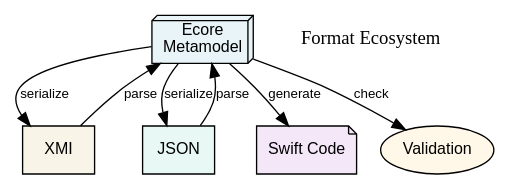
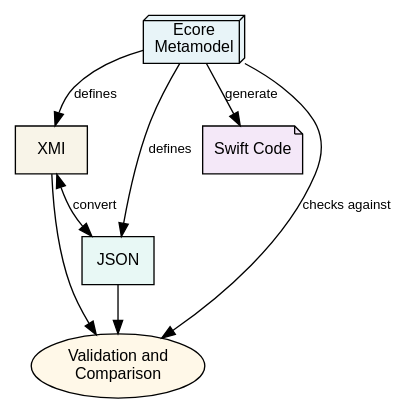
One commit to mipalgu/swift-modelling changed the diagram in Sources/SwiftModelling/SwiftModelling.docc/Resources/format-ecosystem.dot. Above: the diagram before and after it, drawn with Graphviz. The commit also changed 89 other files, not shown here.

```diff
--- a/Sources/SwiftModelling/SwiftModelling.docc/Resources/format-ecosystem.dot
+++ b/Sources/SwiftModelling/SwiftModelling.docc/Resources/format-ecosystem.dot
@@ -1,22 +1,21 @@
 digraph FormatEcosystem {
     bgcolor="white"
     rankdir=TB
     node [shape=box, style=rounded, fontname="Arial", fontsize=12]
     edge [fontname="Arial", fontsize=10]
-    
+
     center [label="Ecore\nMetamodel" shape=box3d fillcolor="#e8f4f8" style=filled]
-    
+
     xmi [label="XMI" shape=box fillcolor="#f8f4e8" style=filled]
     json [label="JSON" shape=box fillcolor="#e8f8f5" style=filled]
     swift [label="Swift Code" shape=note fillcolor="#f4e8f8" style=filled]
-    validate [label="Validation" shape=ellipse fillcolor="#fff8e8" style=filled]
-    
-    center -> xmi [label="serialize"]
-    center -> json [label="serialize"]
+    validate [label="Validation and\nComparison" shape=ellipse fillcolor="#fff8e8" style=filled]
+
+    xmi -> json [label="convert" dir=both]
+    center -> xmi [label="defines"]
+    center -> json [label="defines"]
     center -> swift [label="generate"]
-    center -> validate [label="check"]
-    xmi -> center [label="parse"]
-    json -> center [label="parse"]
-    
-    legendTitle [label="Format Ecosystem" shape=plaintext fontname="Arial Bold" fontsize=14]
+    xmi -> validate
+    json -> validate
+    center -> validate [label="checks against"]
 }
```
